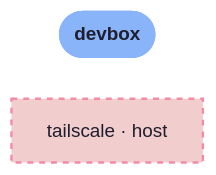
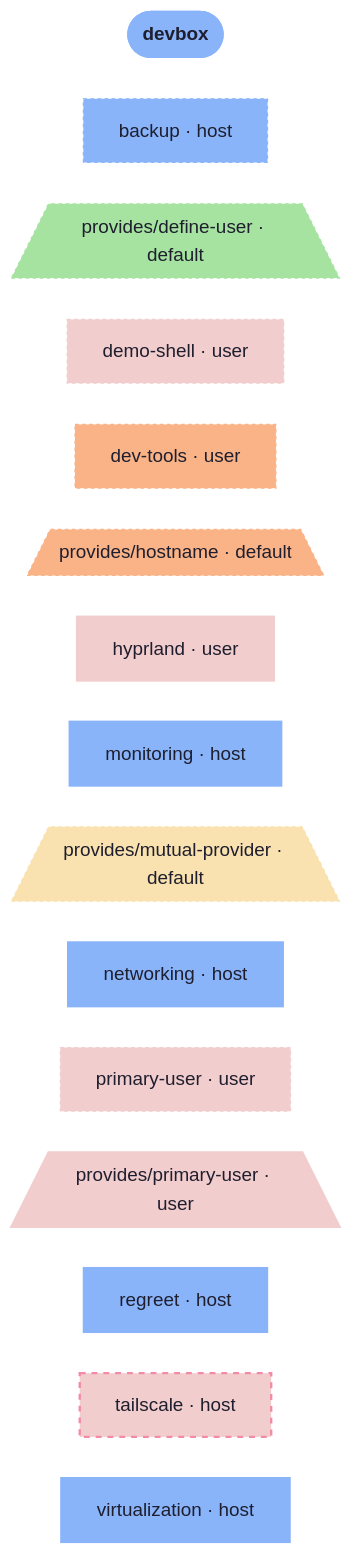
The diagram in templates/diag-fx-demo/diagrams/devbox-orphans.md (sini/den), drawn with Mermaid before and after one commit. The commit also changed 849 other files, not shown here.

Commit message:
chore: update fx diagrams

````diff
--- a/templates/diag-fx-demo/diagrams/devbox-orphans.md
+++ b/templates/diag-fx-demo/diagrams/devbox-orphans.md
@@ -5,10 +5,36 @@
 ```mermaid
 %%{init: {"elk":{"mergeEdges":true,"nodePlacementStrategy":"BRANDES_KOEPF"},"layout":"elk","theme":"base","themeVariables":{"activationBkgColor":"#313244","activationBorderColor":"#6c7086","actorBkg":"#313244","actorBorder":"#a6adc8","actorLineColor":"#a6adc8","actorTextColor":"#cdd6f4","background":"#1e1e2e","classText":"#cdd6f4","clusterBkg":"#313244","clusterBorder":"#6c7086","edgeLabelBackground":"#1e1e2e","labelBoxBkgColor":"#313244","labelBoxBorderColor":"#a6adc8","labelTextColor":"#cdd6f4","lineColor":"#a6adc8","loopTextColor":"#cdd6f4","mainBkg":"#313244","nodeBkg":"#313244","nodeBorder":"#a6adc8","nodeTextColor":"#cdd6f4","noteBkgColor":"#313244","noteBorderColor":"#6c7086","noteTextColor":"#cdd6f4","pie1":"#f38ba8","pie2":"#fab387","pie3":"#f9e2af","pie4":"#a6e3a1","pie5":"#94e2d5","pie6":"#89b4fa","pie7":"#cba6f7","pie8":"#f2cdcd","pieLegendTextColor":"#cdd6f4","pieOuterStrokeColor":"#6c7086","pieSectionTextColor":"#cdd6f4","pieStrokeColor":"#6c7086","pieTitleTextColor":"#cdd6f4","primaryBorderColor":"#a6adc8","primaryColor":"#313244","primaryTextColor":"#cdd6f4","secondBkg":"#313244","secondaryBorderColor":"#6c7086","secondaryColor":"#313244","secondaryTextColor":"#cdd6f4","sequenceNumberColor":"#1e1e2e","signalColor":"#a6adc8","signalTextColor":"#cdd6f4","tertiaryBorderColor":"#6c7086","tertiaryColor":"#313244","tertiaryTextColor":"#cdd6f4","textColor":"#cdd6f4","titleColor":"#cdd6f4"}}}%%
 graph LR
   devbox([devbox]):::root
+  backup["backup · host"]:::backup_c
+  den__provides__define_user[/"provides/define-user · default"\]:::den__provides__define_user_c
+  demo_shell["demo-shell · user"]:::demo_shell_c
+  dev_tools["dev-tools · user"]:::dev_tools_c
+  den__provides__hostname[/"provides/hostname · default"\]:::den__provides__hostname_c
+  hyprland["hyprland · user"]:::hyprland_c
+  monitoring["monitoring · host"]:::monitoring_c
+  den__provides__mutual_provider[/"provides/mutual-provider · default"\]:::den__provides__mutual_provider_c
+  networking["networking · host"]:::networking_c
+  primary_user["primary-user · user"]:::primary_user_c
+  den__provides__primary_user[/"provides/primary-user · user"\]:::den__provides__primary_user_c
+  regreet["regreet · host"]:::regreet_c
   tailscale["tailscale · host"]:::tailscale_c
+  virtualization["virtualization · host"]:::virtualization_c
 
 
   classDef root fill:#89b4fa,stroke:#89b4fa,color:#1e1e2e,font-weight:bold
+  classDef backup_c fill:#89b4fa,stroke:#89b4fa,color:#1e1e2e,stroke-dasharray: 3 3,stroke-width:1px
+  classDef den__provides__define_user_c fill:#a6e3a1,stroke:#a6e3a1,color:#1e1e2e,stroke-dasharray: 3 3,stroke-width:1px
+  classDef demo_shell_c fill:#f2cdcd,stroke:#f2cdcd,color:#1e1e2e,stroke-dasharray: 3 3,stroke-width:1px
+  classDef dev_tools_c fill:#fab387,stroke:#fab387,color:#1e1e2e,stroke-dasharray: 3 3,stroke-width:1px
+  classDef den__provides__hostname_c fill:#fab387,stroke:#fab387,color:#1e1e2e,stroke-dasharray: 3 3,stroke-width:1px
+  classDef hyprland_c fill:#f2cdcd,stroke:#f2cdcd,color:#1e1e2e,stroke-width:2px
+  classDef monitoring_c fill:#89b4fa,stroke:#89b4fa,color:#1e1e2e,stroke-width:2px
+  classDef den__provides__mutual_provider_c fill:#f9e2af,stroke:#f9e2af,color:#1e1e2e,stroke-dasharray: 3 3,stroke-width:1px
+  classDef networking_c fill:#89b4fa,stroke:#89b4fa,color:#1e1e2e,stroke-width:2px
+  classDef primary_user_c fill:#f2cdcd,stroke:#f2cdcd,color:#1e1e2e,stroke-dasharray: 3 3,stroke-width:1px
+  classDef den__provides__primary_user_c fill:#f2cdcd,stroke:#f2cdcd,color:#1e1e2e,stroke-width:2px
+  classDef regreet_c fill:#89b4fa,stroke:#89b4fa,color:#1e1e2e,stroke-width:2px
   classDef tailscale_c fill:#f2cdcd,stroke:#f38ba8,color:#1e1e2e,stroke-dasharray: 5 5,stroke-width:2px
+  classDef virtualization_c fill:#89b4fa,stroke:#89b4fa,color:#1e1e2e,stroke-width:2px
 ```
````
